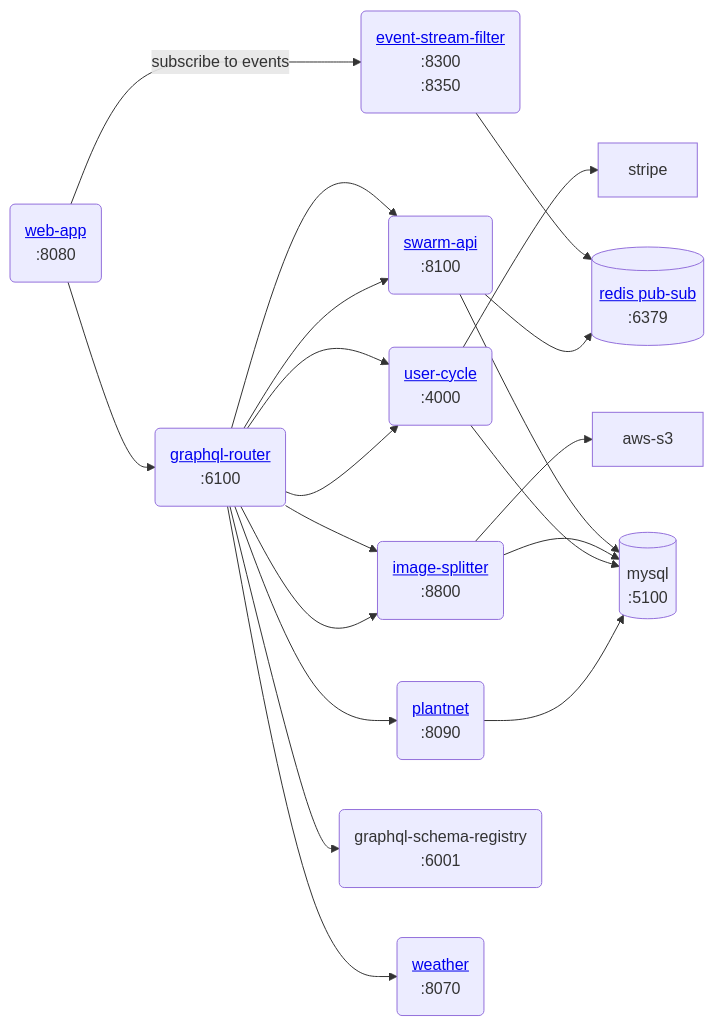
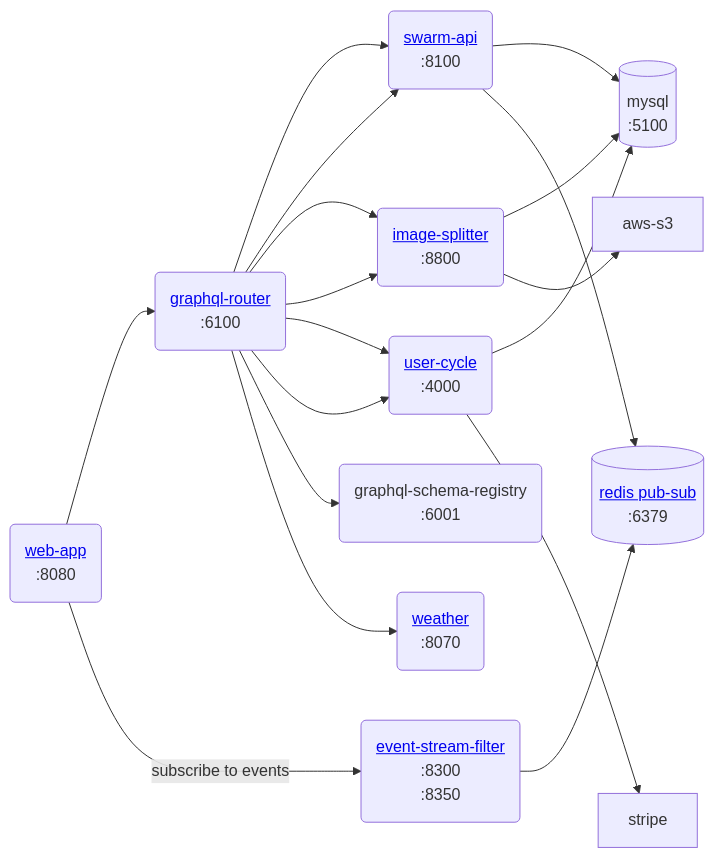
One commit to Gratheon/graphql-router changed the diagram in README.md. Above: the diagram before and after it, drawn with Mermaid.

Commit message:
Remove plantnet from architecture diagram
Stop documenting the retired plantnet subgraph as part of the GraphQL routing topology.

````diff
--- a/README.md
+++ b/README.md
@@ -12,16 +12,15 @@
 ```mermaid
 flowchart LR
     web-app("<a href='https://github.com/Gratheon/web-app'>web-app</a>\n:8080") --> graphql-router
     web-app --"subscribe to events"--> event-stream-filter("<a href='https://github.com/Gratheon/event-stream-filter'>event-stream-filter</a>\n:8300\n:8350") --> redis
 
     graphql-router("<a href='https://github.com/Gratheon/graphql-router'>graphql-router</a>\n :6100") --> swarm-api("<a href='https://github.com/Gratheon/swarm-api'>swarm-api</a>\n:8100") --> mysql[(mysql\n:5100)]
     graphql-router --> swarm-api --> redis[("<a href='https://github.com/Gratheon/redis'>redis pub-sub</a>\n:6379")]
 
     graphql-router --> image-splitter("<a href='https://github.com/Gratheon/image-splitter'>image-splitter</a>\n:8800") --> mysql
     graphql-router --> image-splitter --> aws-s3
     graphql-router --> user-cycle("<a href='https://github.com/Gratheon/user-cycle'>user-cycle</a>\n:4000") --> mysql
     graphql-router --> user-cycle --> stripe
-    graphql-router --> plantnet("<a href='https://github.com/Gratheon/plantnet'>plantnet</a>\n:8090") --> mysql
     graphql-router --> graphql-schema-registry("graphql-schema-registry\n:6001")
     graphql-router --> weather("<a href='https://github.com/Gratheon/weather'>weather</a>\n:8070")
 ```
````
